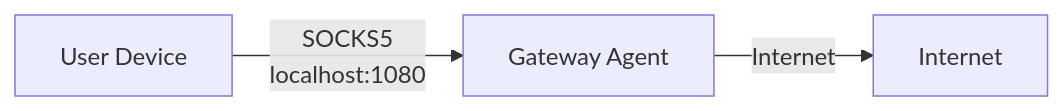
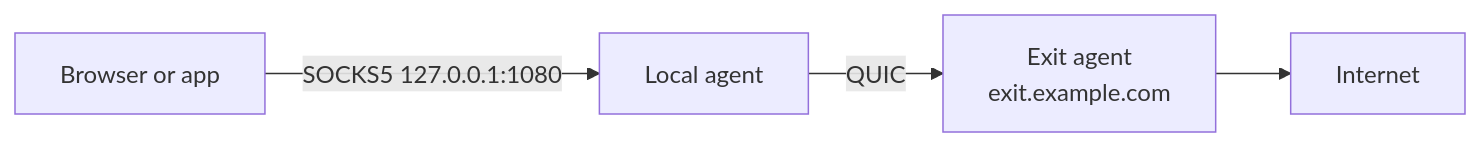
Before and after one commit to Muti-Metroo/Muti-Metroo: the third of 4 diagrams in docs/docs/deployment/scenarios.md, drawn with Mermaid. The commit also changed other lines of this file and 156 other files, not shown here.

````diff
--- a/docs/docs/deployment/scenarios.md
+++ b/docs/docs/deployment/scenarios.md
@@ -246,5 +183,6 @@
 ```mermaid
 flowchart LR
-    User[User Device] -->|SOCKS5<br/>localhost:1080| Gateway[Gateway Agent]
-    Gateway -->|Internet| Web[Internet]
+    Browser[Browser or app] -->|SOCKS5 127.0.0.1:1080| Local[Local agent]
+    Local -->|QUIC| Exit[Exit agent<br/>exit.example.com]
+    Exit --> Internet
 ```
````
